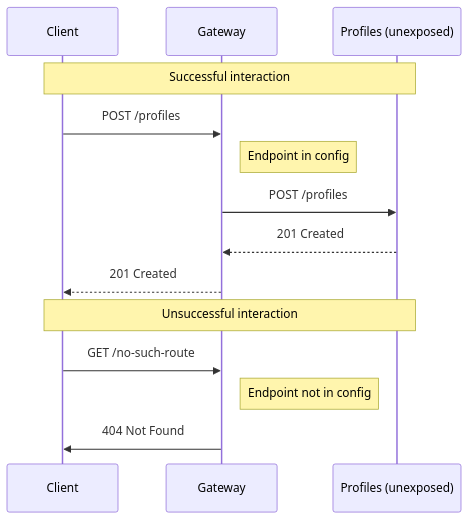
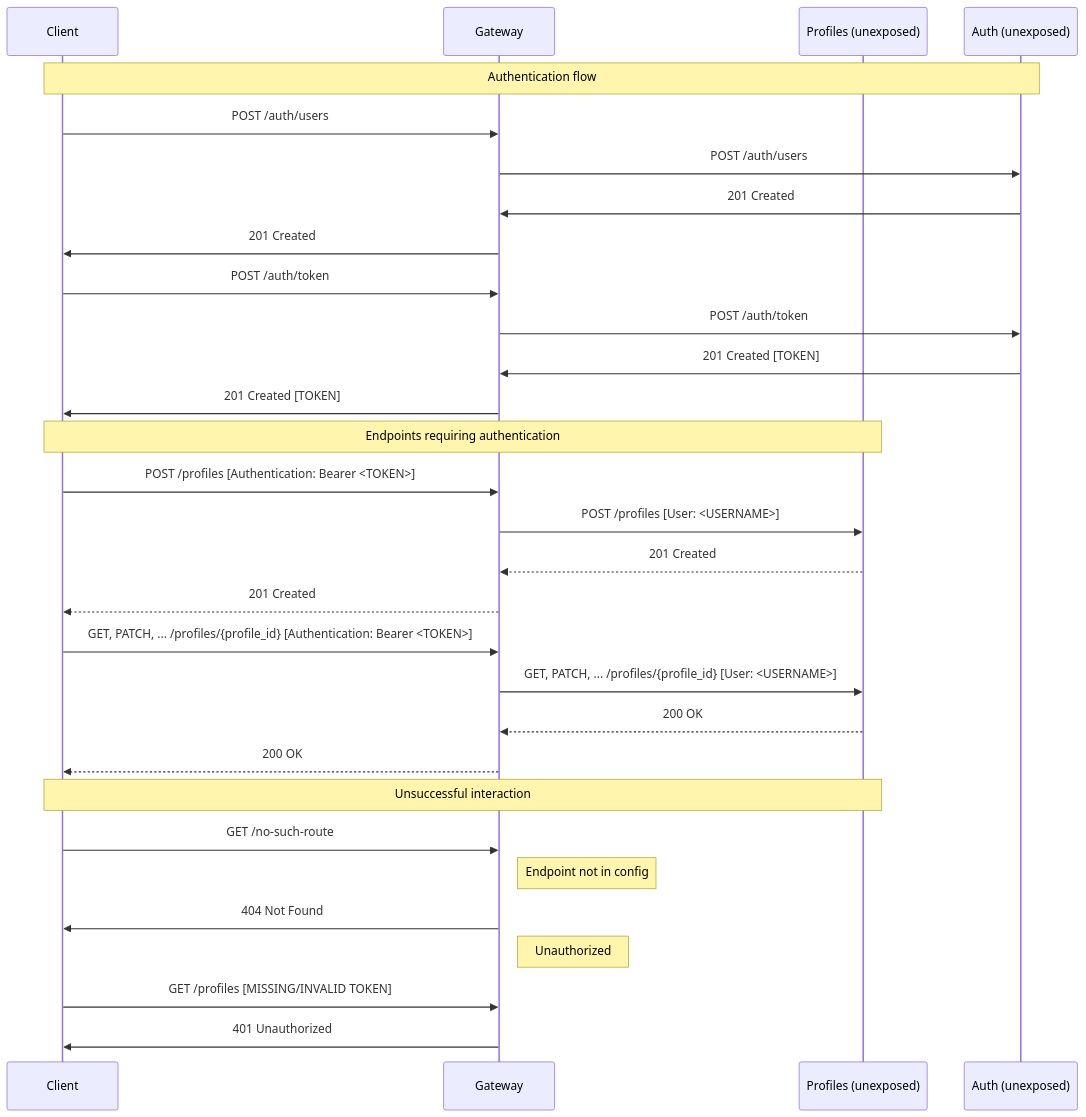
The diagram in README.md (Lemonpill/dockerized-gateway), drawn with Mermaid before and after one commit. The commit also changed other lines of this file, not shown here.

Commit message:
update usage, auth and sequence diagram

````diff
--- a/README.md
+++ b/README.md
@@ -33,16 +37,32 @@
 ```mermaid
 sequenceDiagram  
  participant  C as Client
  participant  G as Gateway
  participant  S as Profiles (unexposed)
- Note over C,S: Successful interaction
- C->>G: POST /profiles
- Note right of G: Endpoint in config
- G->>S: POST /profiles
+ participant  A as Auth (unexposed)
+ Note over C, A: Authentication flow
+ C->>G: POST /auth/users
+ G->>A: POST /auth/users
+ A->>G: 201 Created
+ G->>C: 201 Created
+ C->>G: POST /auth/token
+ G->>A: POST /auth/token
+ A->>G: 201 Created [TOKEN]
+ G->>C: 201 Created [TOKEN]
+ Note over C,S: Endpoints requiring authentication
+ C->>G: POST /profiles [Authentication: Bearer <TOKEN>]
+ G->>S: POST /profiles [User: <USERNAME>]
  S-->>G: 201 Created
  G-->>C: 201 Created
+ C->>G: GET, PATCH, ... /profiles/{profile_id} [Authentication: Bearer <TOKEN>]
+ G->>S: GET, PATCH, ... /profiles/{profile_id} [User: <USERNAME>]
+ S-->>G: 200 OK
+ G-->>C: 200 OK
  Note over C,S: Unsuccessful interaction
  C->>G: GET /no-such-route
  Note right of G: Endpoint not in config
  G->>C: 404 Not Found
+ Note right of G: Unauthorized
+ C->>G: GET /profiles [MISSING/INVALID TOKEN]
+ G->>C: 401 Unauthorized
 ```
````
